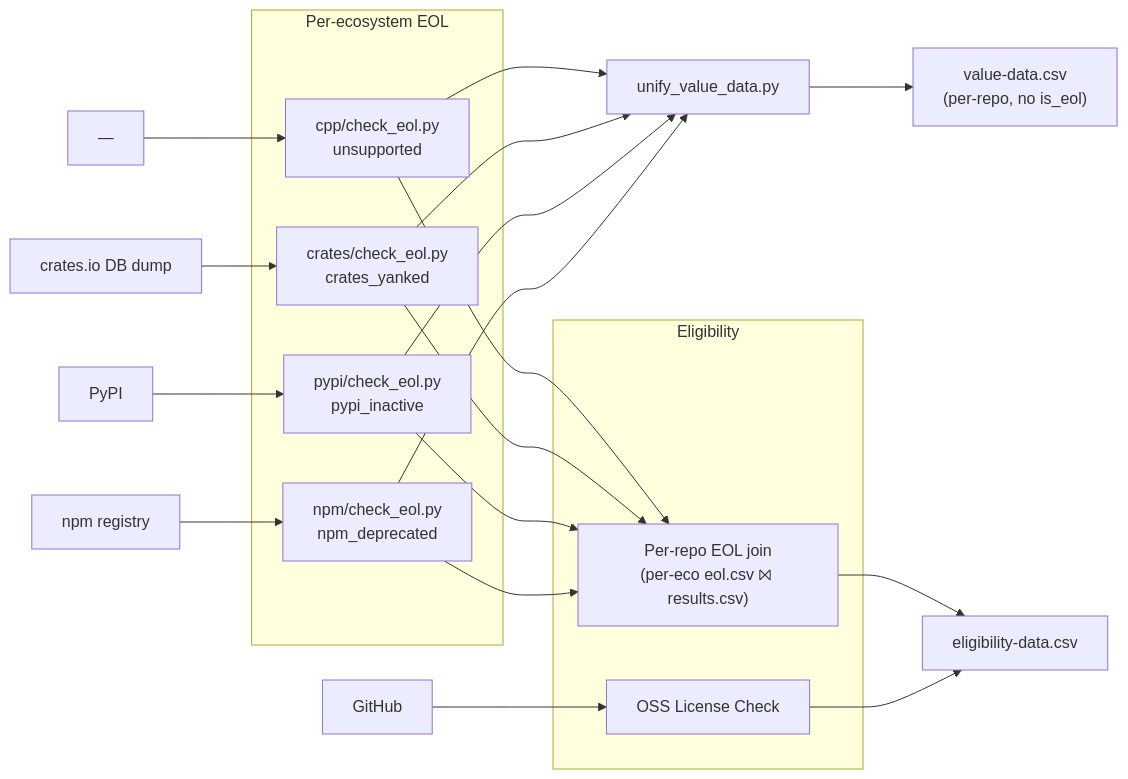
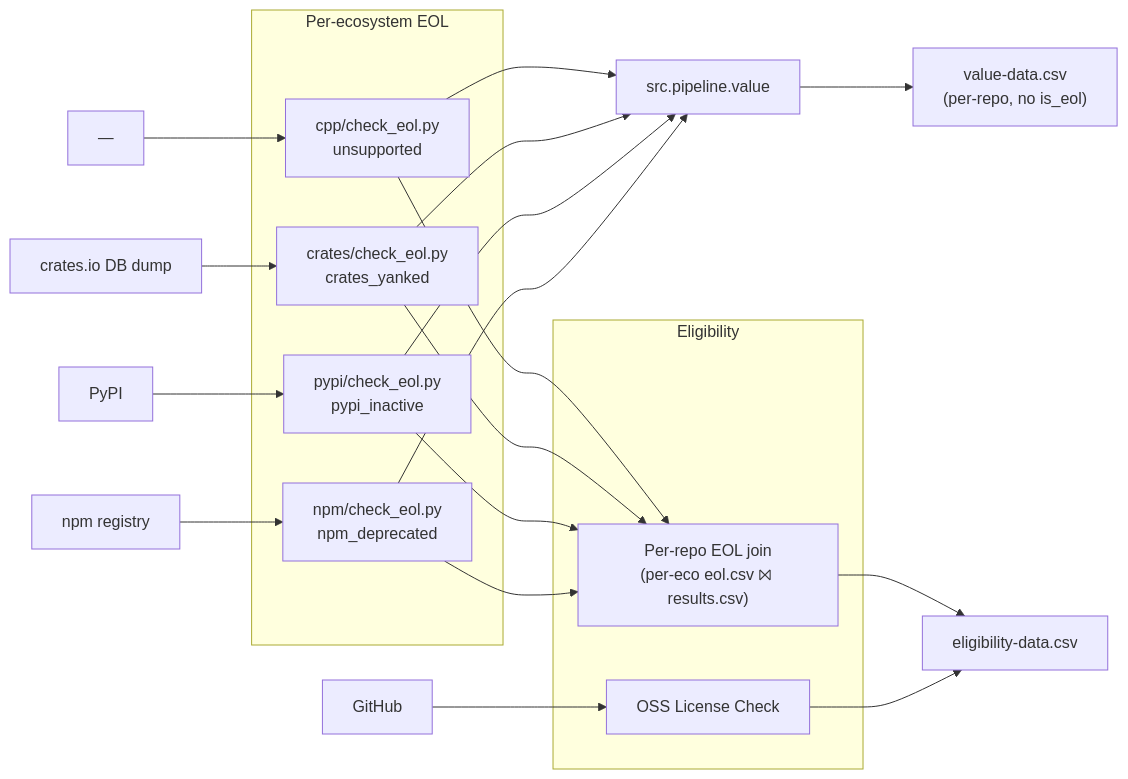
The diagram in docs/eligibility.md (osendowment/model), drawn with Mermaid before and after one commit. The commit also changed other lines of this file and 1 other file, not shown here.

First line of the commit message:
docs(value, eligibility): add metrics roadmap trees

````diff
--- a/docs/eligibility.md
+++ b/docs/eligibility.md
@@ -6,35 +62,35 @@
 ```mermaid
 graph LR
     github["GitHub"]
     npm["npm registry"]
     pypi["PyPI"]
     crates["crates.io DB dump"]
     cpp["—"]
 
     subgraph EOL["Per-ecosystem EOL"]
         npm_eol["npm/check_eol.py<br/>npm_deprecated"]
         pypi_eol["pypi/check_eol.py<br/>pypi_inactive"]
         crates_eol["crates/check_eol.py<br/>crates_yanked"]
         cpp_eol["cpp/check_eol.py<br/>unsupported"]
     end
 
-    npm --> npm_eol --> unify["unify_value_data.py"]
+    npm --> npm_eol --> unify["src.pipeline.value"]
     pypi --> pypi_eol --> unify
     crates --> crates_eol --> unify
     cpp --> cpp_eol --> unify
 
     unify --> value["value-data.csv<br/>(per-repo, no is_eol)"]
 
     subgraph Eligibility["Eligibility"]
         license["OSS License Check"]
         eol_join["Per-repo EOL join<br/>(per-eco eol.csv ⨝ results.csv)"]
     end
 
     github --> license
     npm_eol --> eol_join
     pypi_eol --> eol_join
     crates_eol --> eol_join
     cpp_eol --> eol_join
     license --> output["eligibility-data.csv"]
     eol_join --> output
 ```
````
